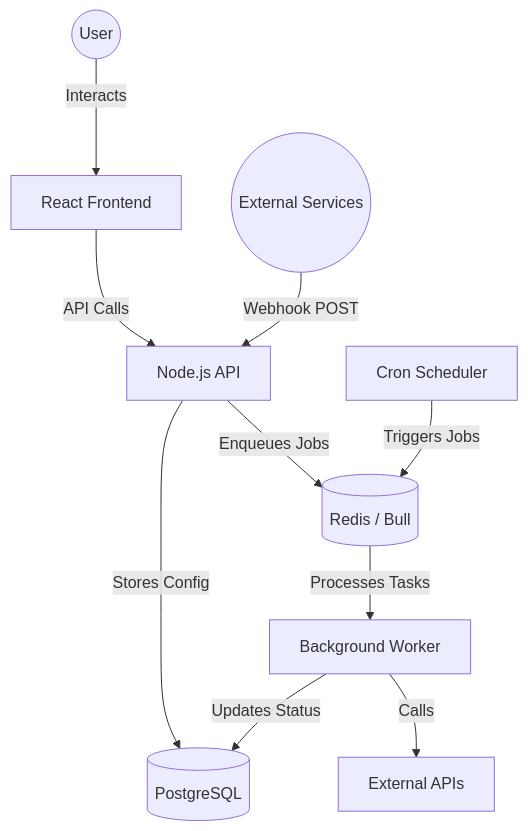
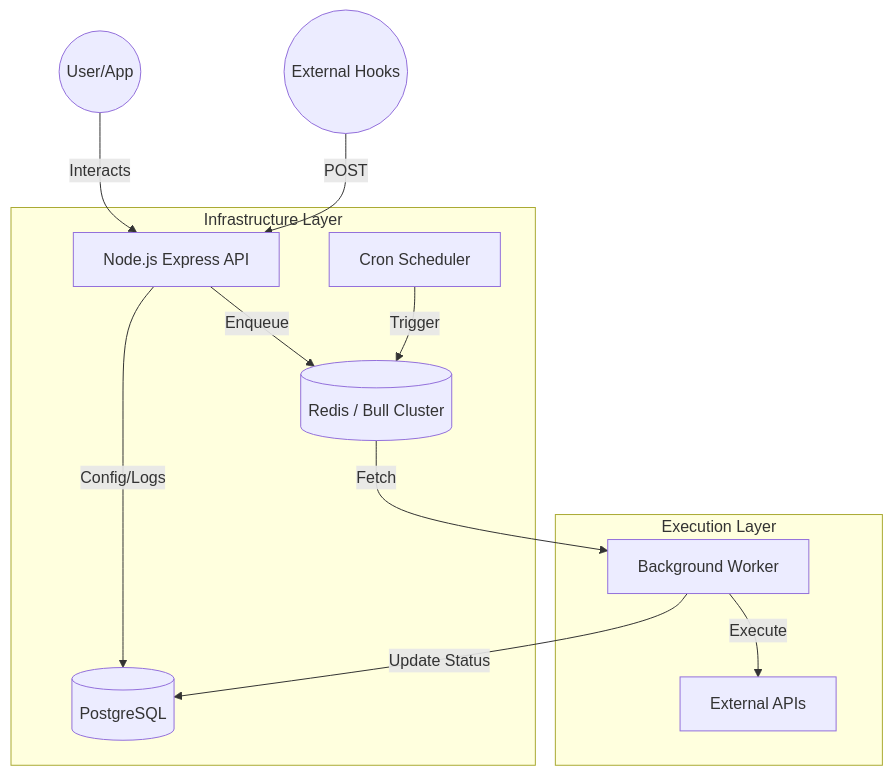
Before and after one commit to rajvbiw/workflow_automation: the diagram in README.md, drawn with Mermaid. The commit also changed other lines of this file, not shown here.

````diff
--- a/README.md
+++ b/README.md
@@ -26,15 +38,17 @@
 ```mermaid
 graph TD
-    User((User)) -->|Interacts| Frontend[React Frontend]
-    Frontend -->|API Calls| Backend[Node.js API]
-    External((External Services)) -->|Webhook POST| Backend
+    Client((User/App)) -->|Interacts| API[Node.js Express API]
+    External((External Hooks)) -->|POST| API
     
-    Backend -->|Stores Config| Postgres[(PostgreSQL)]
-    Backend -->|Enqueues Jobs| Redis[(Redis / Bull)]
+    subgraph "Infrastructure Layer"
+        API -->|Config/Logs| DB[(PostgreSQL)]
+        API -->|Enqueue| Queue[(Redis / Bull Cluster)]
+        Cron[Cron Scheduler] -->|Trigger| Queue
+    end
     
-    Scheduler[Cron Scheduler] -->|Triggers Jobs| Redis
-    Redis -->|Processes Tasks| Worker[Background Worker]
-    
-    Worker -->|Updates Status| Postgres
-    Worker -->|Calls| ExternalAPI[External APIs]
+    subgraph "Execution Layer"
+        Queue -->|Fetch| Worker[Background Worker]
+        Worker -->|Update Status| DB
+        Worker -->|Execute| TargetAPI[External APIs]
+    end
 ```
````
